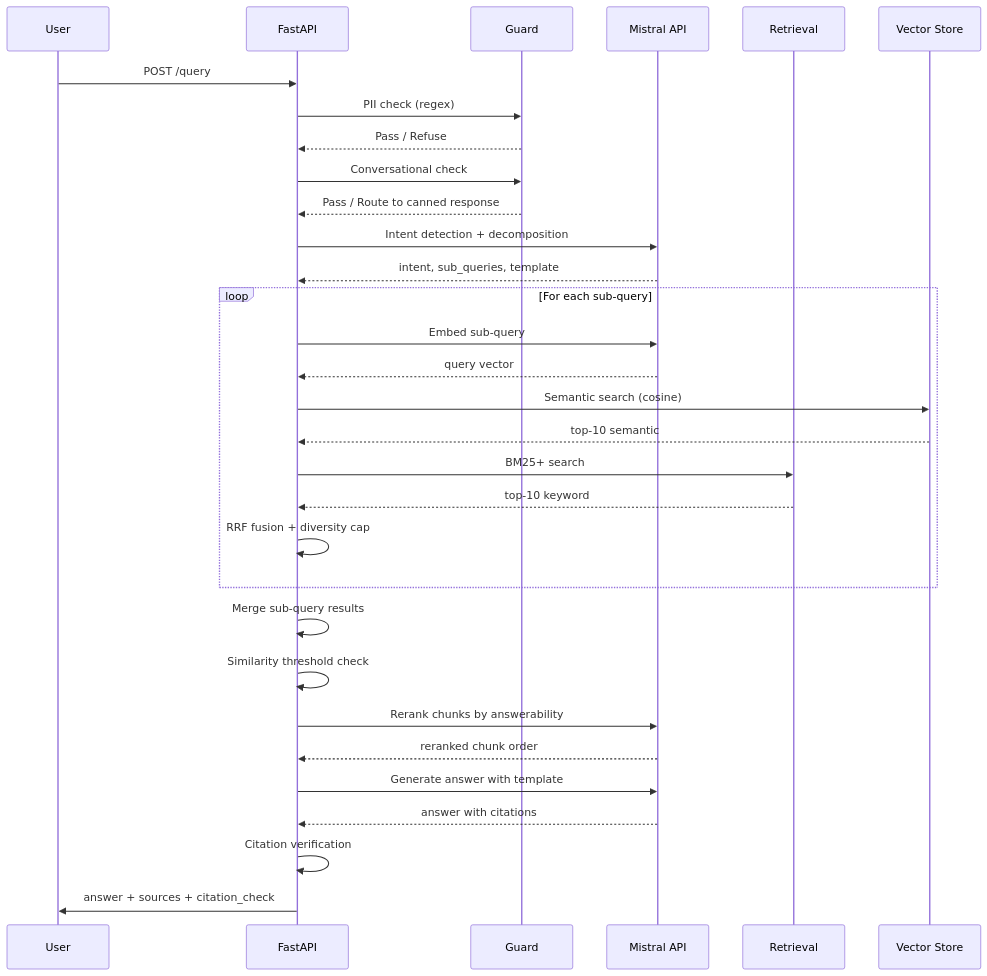
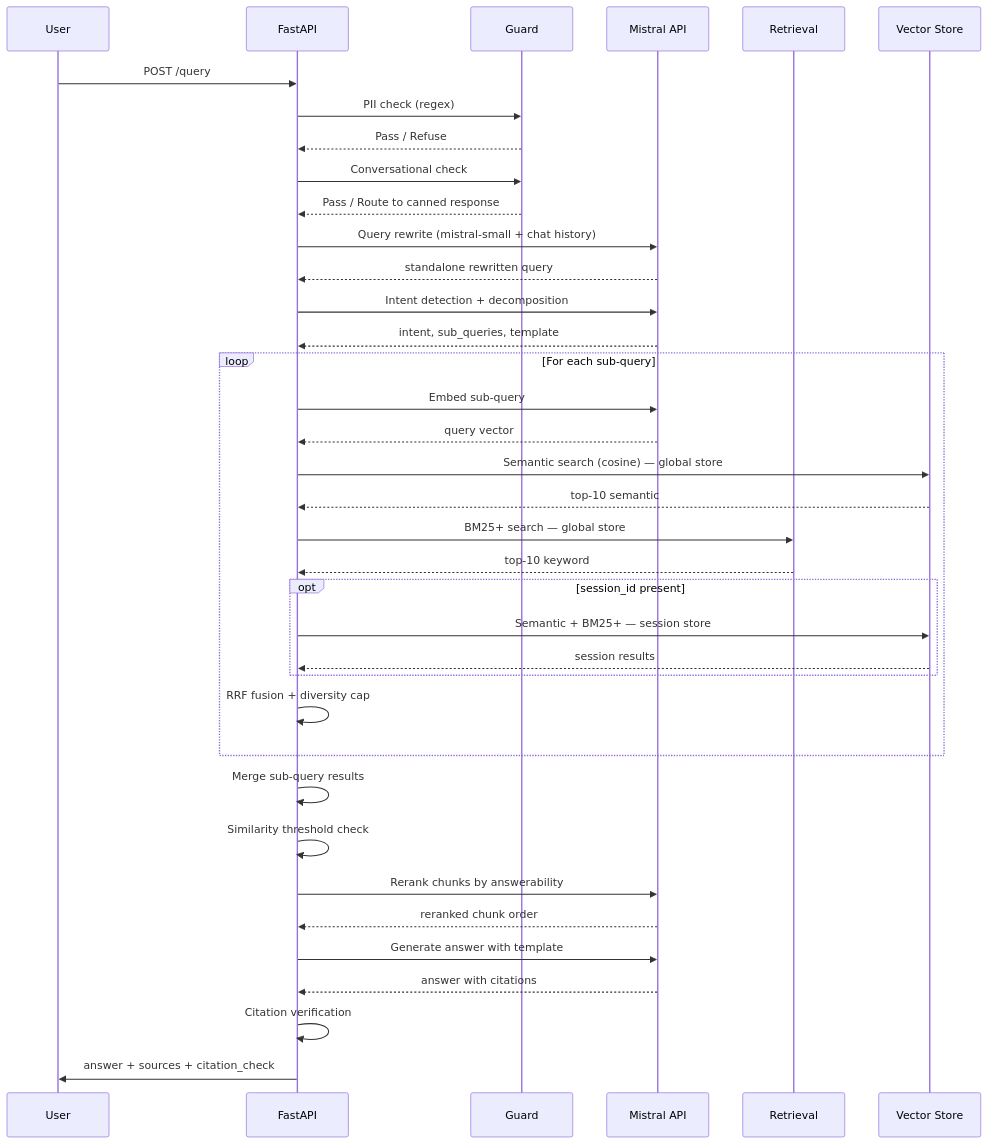
Before and after one commit to rohit-iipeml/insurance-rag: the second of 2 diagrams in README.md, drawn with Mermaid. The commit also changed other lines of this file, not shown here.

Commit message:
docs: update README with session ingest, query rewrite, fraud awareness, and accurate API endpoints

````diff
--- a/README.md
+++ b/README.md
@@ -80,34 +93,40 @@
 ```mermaid
 sequenceDiagram
     participant U as User
     participant API as FastAPI
     participant G as Guard
     participant LLM as Mistral API
     participant R as Retrieval
     participant VS as Vector Store
 
     U->>API: POST /query
     API->>G: PII check (regex)
     G-->>API: Pass / Refuse
     API->>G: Conversational check
     G-->>API: Pass / Route to canned response
+    API->>LLM: Query rewrite (mistral-small + chat history)
+    LLM-->>API: standalone rewritten query
     API->>LLM: Intent detection + decomposition
     LLM-->>API: intent, sub_queries, template
     loop For each sub-query
         API->>LLM: Embed sub-query
         LLM-->>API: query vector
-        API->>VS: Semantic search (cosine)
+        API->>VS: Semantic search (cosine) — global store
         VS-->>API: top-10 semantic
-        API->>R: BM25+ search
+        API->>R: BM25+ search — global store
         R-->>API: top-10 keyword
+        opt session_id present
+            API->>VS: Semantic + BM25+ — session store
+            VS-->>API: session results
+        end
         API->>API: RRF fusion + diversity cap
     end
     API->>API: Merge sub-query results
     API->>API: Similarity threshold check
     API->>LLM: Rerank chunks by answerability
     LLM-->>API: reranked chunk order
     API->>LLM: Generate answer with template
     LLM-->>API: answer with citations
     API->>API: Citation verification
     API->>U: answer + sources + citation_check
 ```
````
